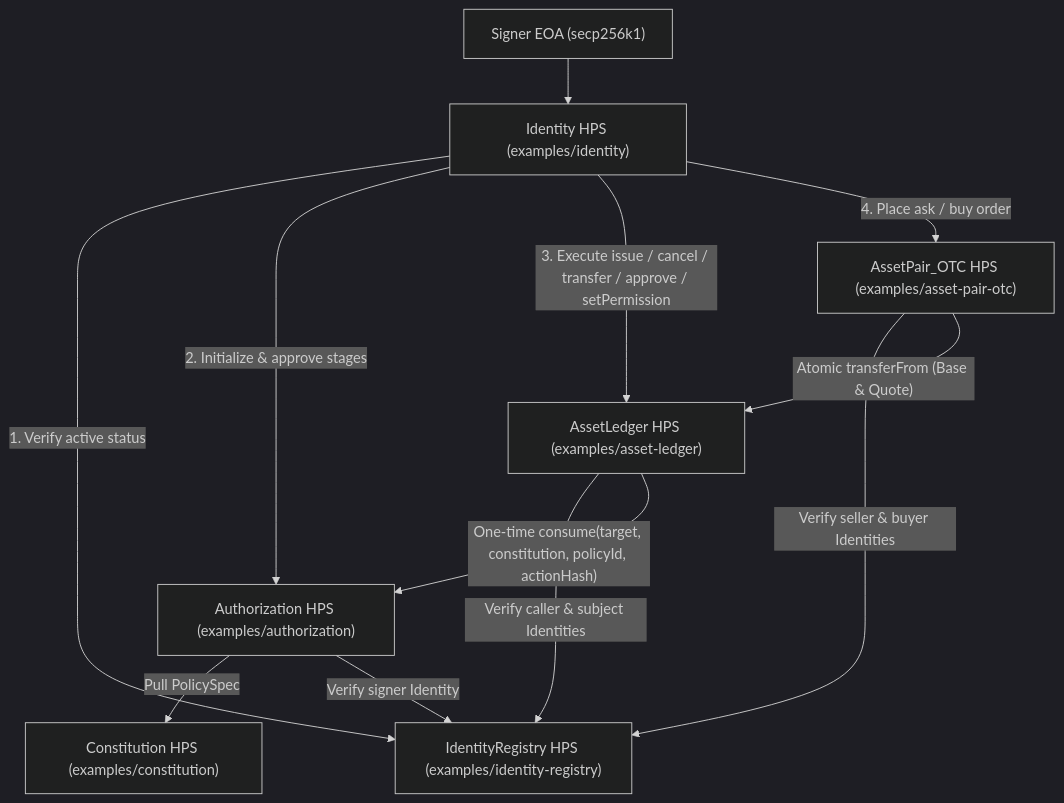
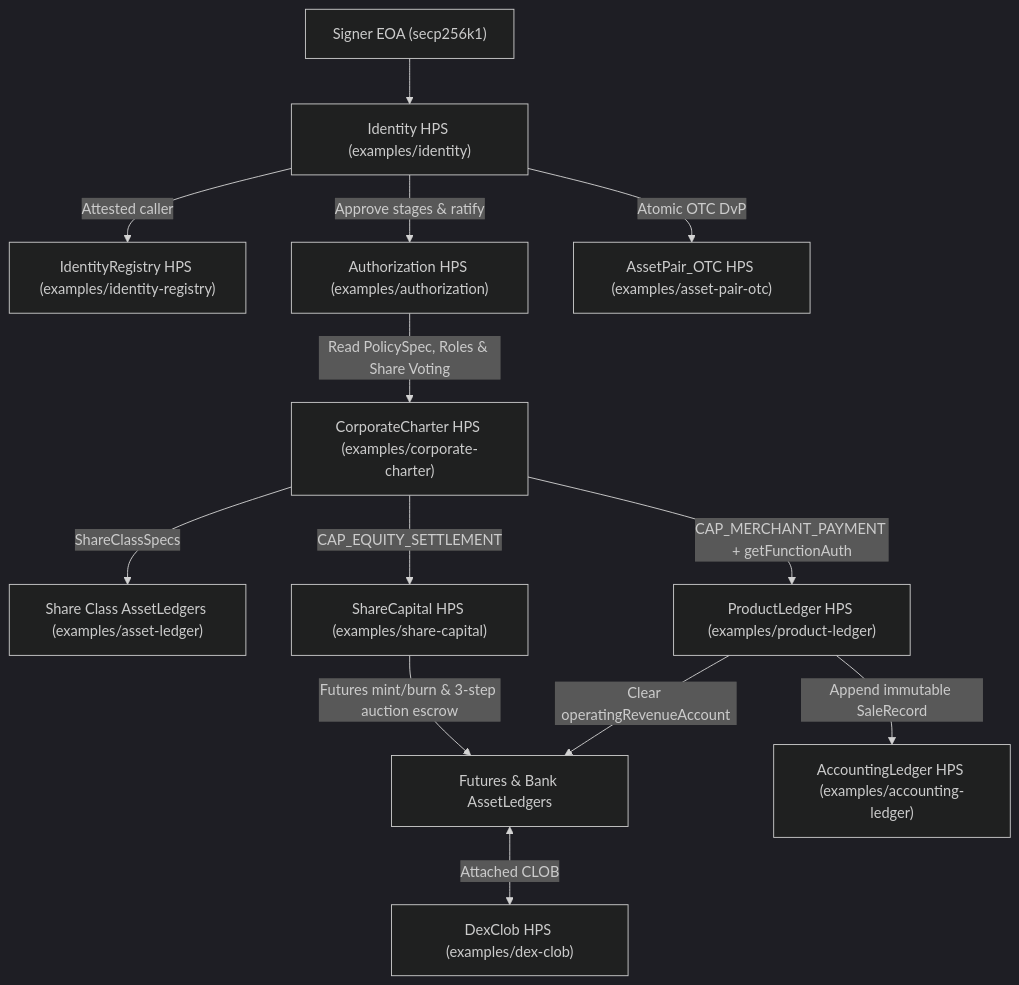
Before and after one commit to superlexicon/haltproof-subroutines: the diagram in docs/END_TO_END_GUIDE.md, drawn with Mermaid (dark theme). The commit also changed other lines of this file and 20 other files, not shown here.

Commit message:
Refactor Constitution into CorporateCharter + ShareCapital (Option 4A) and add full documentation

````diff
--- a/docs/END_TO_END_GUIDE.md
+++ b/docs/END_TO_END_GUIDE.md
@@ -29,14 +22,15 @@
 ```mermaid
 flowchart TD
     EOA["Signer EOA (secp256k1)"] --> ID["Identity HPS (examples/identity)"]
-    ID -->|"1. Verify active status"| REG["IdentityRegistry HPS (examples/identity-registry)"]
-    ID -->|"2. Initialize & approve stages"| AUTH["Authorization HPS (examples/authorization)"]
-    AUTH -->|"Pull PolicySpec"| CONST["Constitution HPS (examples/constitution)"]
-    AUTH -->|"Verify signer Identity"| REG
-    ID -->|"3. Execute issue / cancel / transfer / approve / setPermission"| LEDGER["AssetLedger HPS (examples/asset-ledger)"]
-    LEDGER -->|"Verify caller & subject Identities"| REG
-    LEDGER -->|"One-time consume(target, constitution, policyId, actionHash)"| AUTH
-    ID -->|"4. Place ask / buy order"| OTC["AssetPair_OTC HPS (examples/asset-pair-otc)"]
-    OTC -->|"Verify seller & buyer Identities"| REG
-    OTC -->|"Atomic transferFrom (Base & Quote)"| LEDGER
+    ID -->|"Attested caller"| REG["IdentityRegistry HPS (examples/identity-registry)"]
+    ID -->|"Approve stages & ratify"| AUTH["Authorization HPS (examples/authorization)"]
+    AUTH -->|"Read PolicySpec, Roles & Share Voting"| CHR["CorporateCharter HPS (examples/corporate-charter)"]
+    CHR -->|"ShareClassSpecs"| SHLED["Share Class AssetLedgers (examples/asset-ledger)"]
+    CHR -->|"CAP_EQUITY_SETTLEMENT"| SC["ShareCapital HPS (examples/share-capital)"]
+    CHR -->|"CAP_MERCHANT_PAYMENT + getFunctionAuth"| PL["ProductLedger HPS (examples/product-ledger)"]
+    SC -->|"Futures mint/burn & 3-step auction escrow"| FUT["Futures & Bank AssetLedgers"]
+    FUT <-->|"Attached CLOB"| DEX["DexClob HPS (examples/dex-clob)"]
+    PL -->|"Clear operatingRevenueAccount"| FUT
+    PL -->|"Append immutable SaleRecord"| ACC["AccountingLedger HPS (examples/accounting-ledger)"]
+    ID -->|"Atomic OTC DvP"| OTC["AssetPair_OTC HPS (examples/asset-pair-otc)"]
 ```
````
